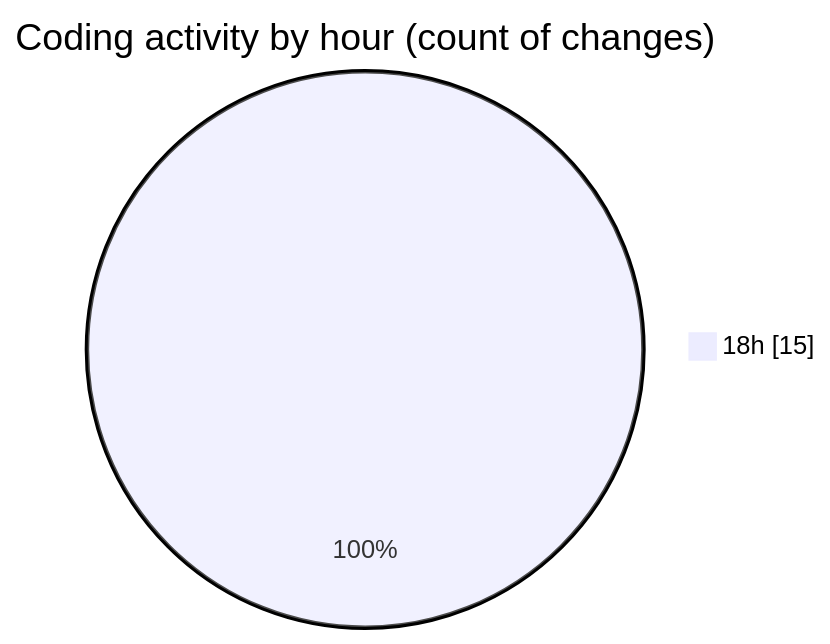
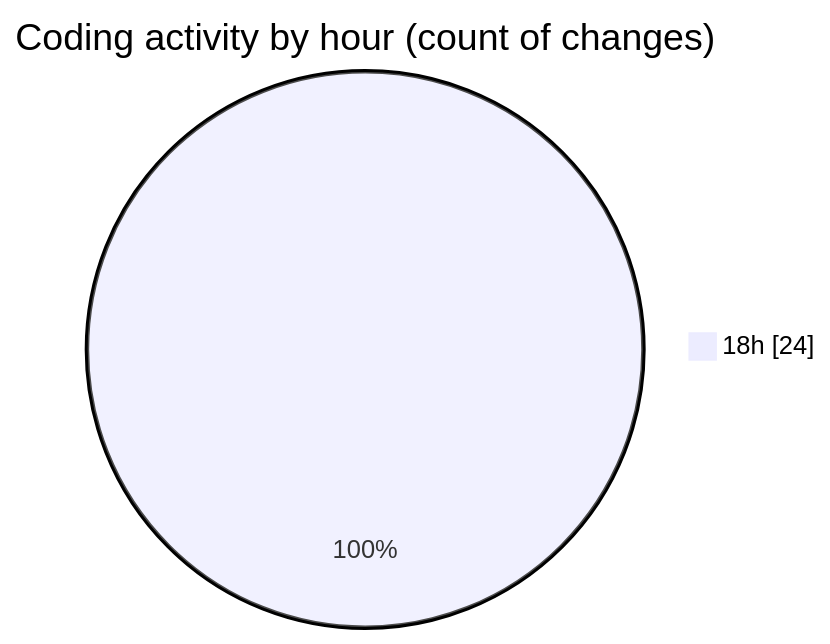
The second of 2 diagrams in 2025-01-13/trackers_app/README.md (donsfak/code-tracking), drawn with Mermaid before and after one commit. The commit also changed other lines of this file and 1 other file, not shown here.

````diff
--- a/2025-01-13/trackers_app/README.md
+++ b/2025-01-13/trackers_app/README.md
@@ -29,5 +29,5 @@
 ```mermaid
 pie showData
 title Coding activity by hour (count of changes)
-"18h" : 15
+"18h" : 24
 ```
````
